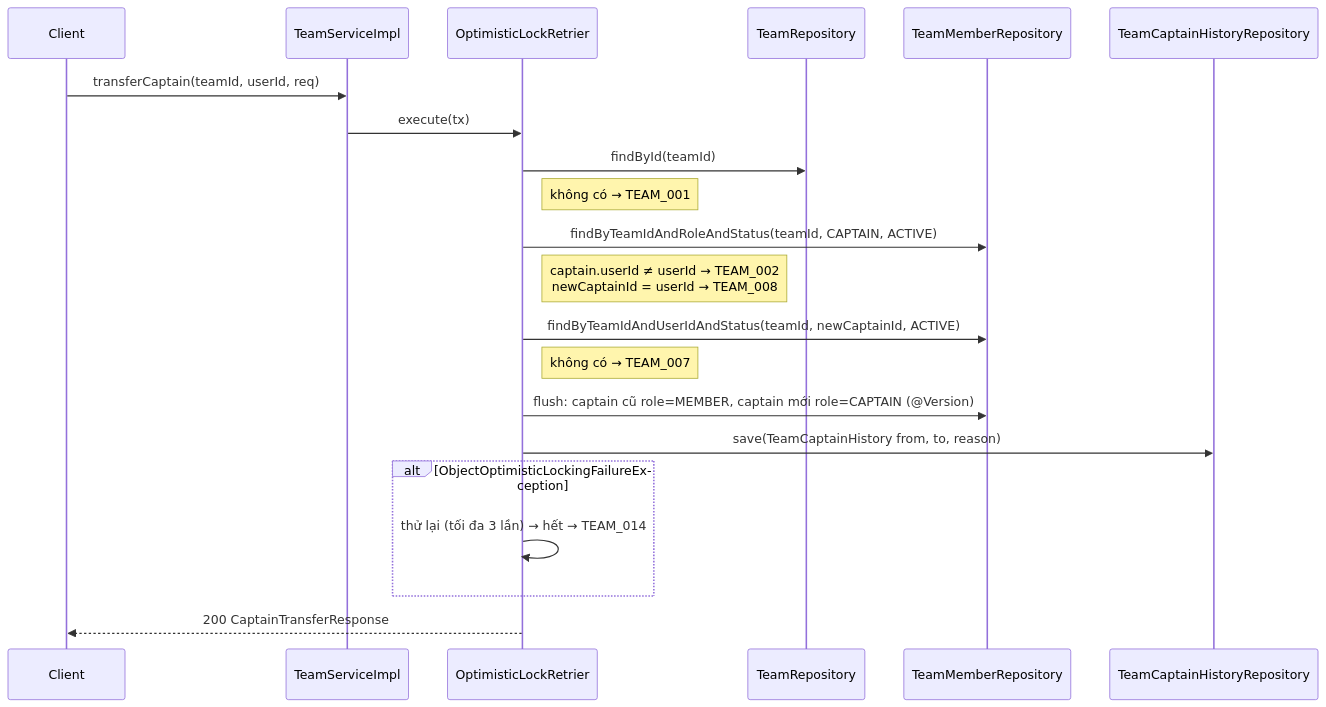
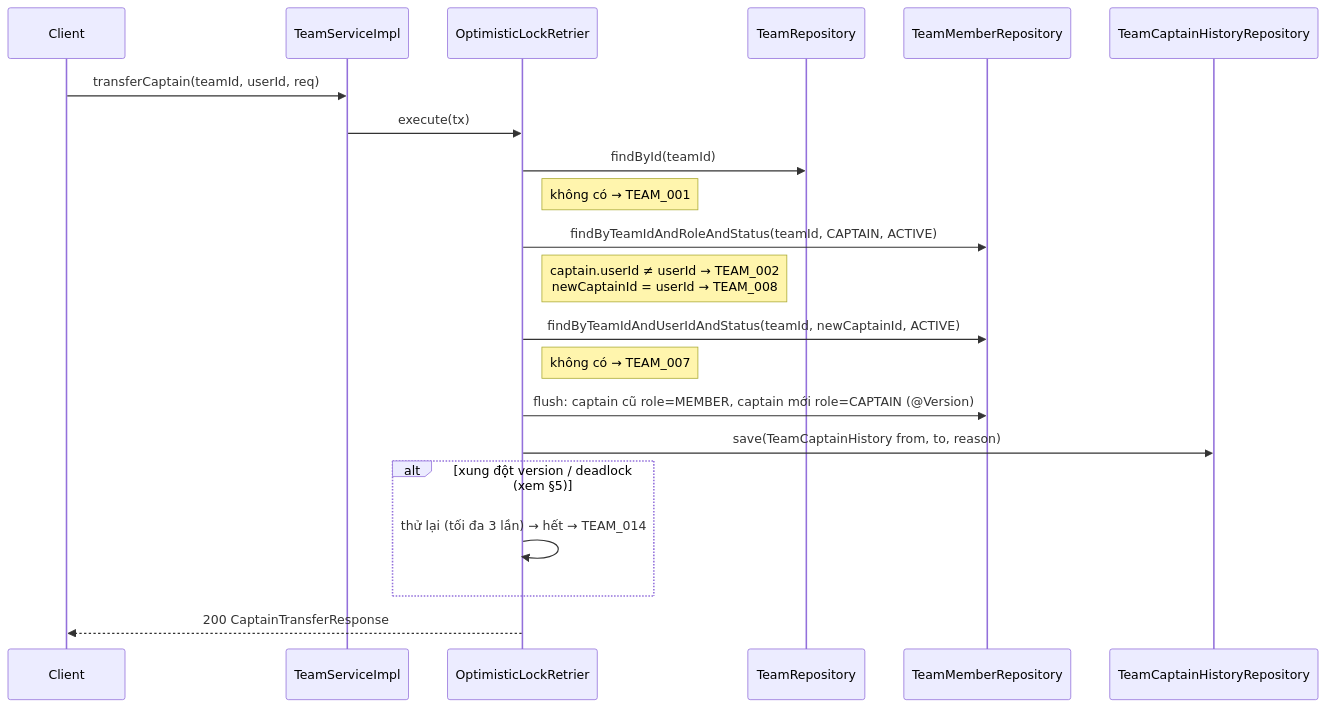
Before and after one commit to phananh2005/ArenaFlow-be: the third of 3 diagrams in docs/agent/design/USER-001/Processing_Flow.md, drawn with Mermaid. The commit also changed other lines of this file and 17 other files, not shown here.

````diff
--- a/docs/agent/design/USER-001/Processing_Flow.md
+++ b/docs/agent/design/USER-001/Processing_Flow.md
@@ -92,24 +92,24 @@
 ```mermaid
 sequenceDiagram
     participant C as Client
     participant TS as TeamServiceImpl
     participant RT as OptimisticLockRetrier
     participant TR as TeamRepository
     participant TMR as TeamMemberRepository
     participant HR as TeamCaptainHistoryRepository
 
     C->>TS: transferCaptain(teamId, userId, req)
     TS->>RT: execute(tx)
     RT->>TR: findById(teamId)
     Note right of RT: không có → TEAM_001
     RT->>TMR: findByTeamIdAndRoleAndStatus(teamId, CAPTAIN, ACTIVE)
     Note right of RT: captain.userId ≠ userId → TEAM_002<br/>newCaptainId = userId → TEAM_008
     RT->>TMR: findByTeamIdAndUserIdAndStatus(teamId, newCaptainId, ACTIVE)
     Note right of RT: không có → TEAM_007
     RT->>TMR: flush: captain cũ role=MEMBER, captain mới role=CAPTAIN (@Version)
     RT->>HR: save(TeamCaptainHistory from, to, reason)
-    alt ObjectOptimisticLockingFailureException
+    alt xung đột version / deadlock (xem §5)
         RT->>RT: thử lại (tối đa 3 lần) → hết → TEAM_014
     end
     RT-->>C: 200 CaptainTransferResponse
 ```
````
